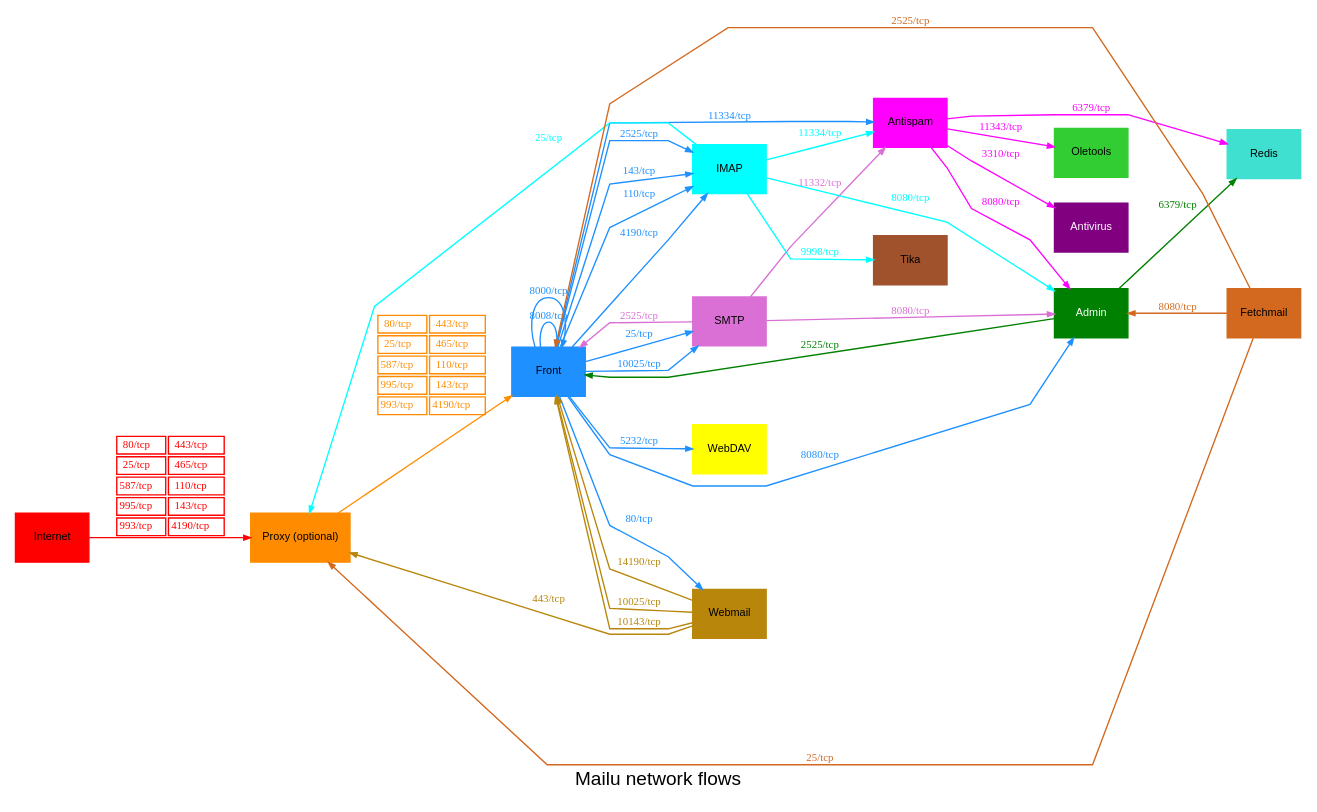
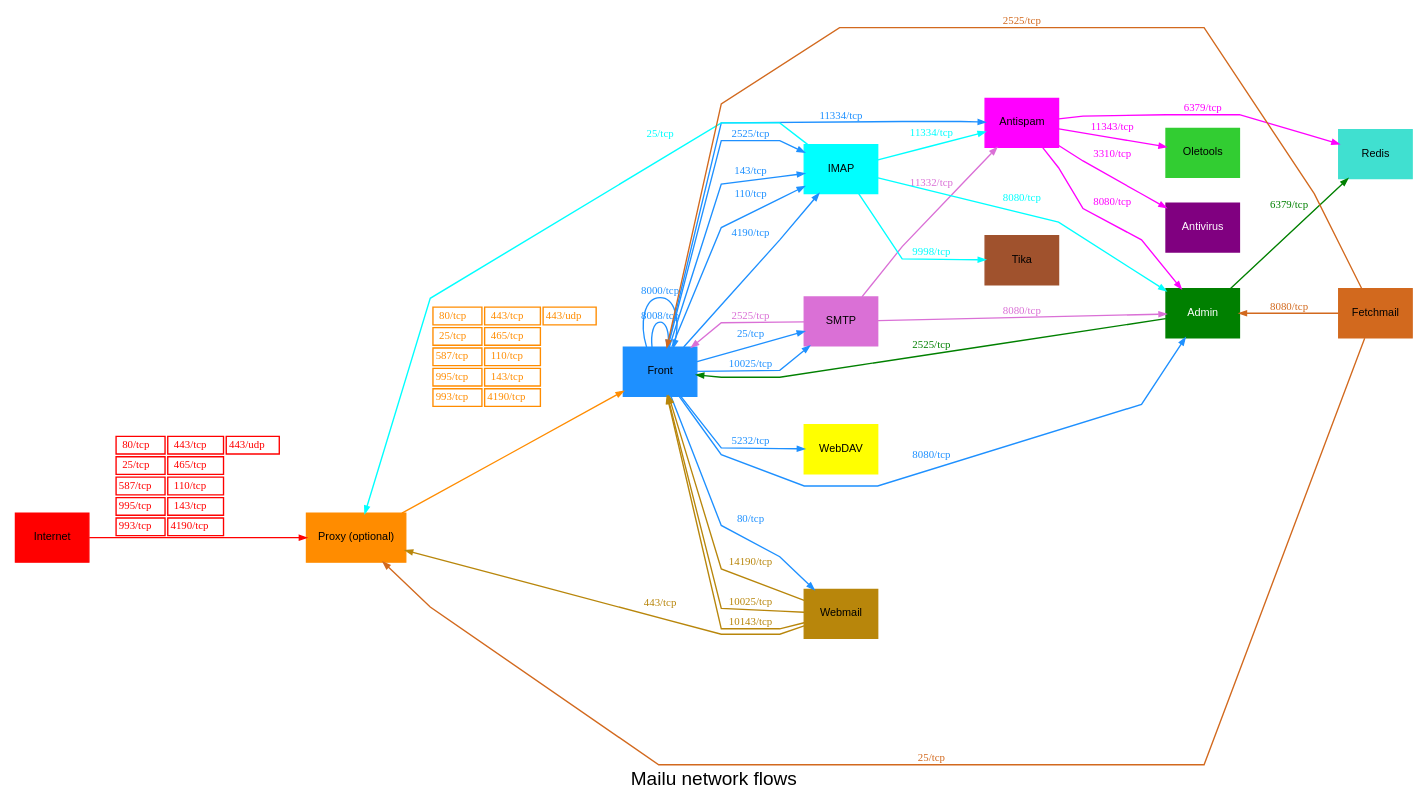
The diagram in docs/mailu-network-diagram.dot (Mailu/Mailu), drawn with Graphviz before and after one commit. The commit also changed 9 other files, not shown here.

```diff
--- a/docs/mailu-network-diagram.dot
+++ b/docs/mailu-network-diagram.dot
@@ -1,138 +1,140 @@
 digraph mailu {
     label = "Mailu network flows";
     fontname = "arial";
     
     node [shape = record; fontname = "arial"; fontsize = 8; style = filled; color = "#d3edea";];
     splines = "compound";
     // node [shape = "box"; fontsize = "10";];
     edge [fontsize = 8; arrowsize = 0.5;];
     
     # Components
     internet [label = "Internet"; color = "red";];
     proxy [label = "Proxy (optional)"; color = "darkorange";];
     front [label="Front"; color="dodgerblue";];
     admin [label="Admin"; color="green"; fontcolor="white";];
     smtp [label="SMTP"; color="orchid";];
     redis [label="Redis"; color="turquoise";];
     antispam [label="Antispam"; color="magenta";];
     antivirus [label="Antivirus"; color="purple"; fontcolor="white";];
     imap [label="IMAP"; color="cyan";];
     webdav [label="WebDAV"; color="yellow";];
     webmail [label="Webmail"; color="darkgoldenrod";];
     fetchmail [label="Fetchmail"; color="chocolate";];
     oletools [label="Oletools"; color="limegreen";];
     fts_attachments [label="Tika"; color="sienna";];
 
     rankdir=LR;
     {rank=min; internet};
     // {rank=3; proxy};
     // {rank=4; front};
     // {rank=same; admin smtp redis antispam antivirus imap};
     {rank=max; fetchmail};
 
     # Proxy from internet
 
     internet -> proxy [
         color="red";
         fontcolor="red";
         label = <
         <TABLE BORDER="0" CELLBORDER="1" CELLPADDING="1">
             <TR>
                 <TD>80/tcp</TD>
                 <TD>443/tcp</TD>
+                <TD>443/udp</TD>
             </TR>
             <TR>
                 <TD>25/tcp</TD>
                 <TD>465/tcp</TD>
             </TR>
             <TR>
                 <TD>587/tcp</TD>
                 <TD>110/tcp</TD>
             </TR>
             <TR>
                 <TD>995/tcp</TD>
                 <TD>143/tcp</TD>
             </TR>
             <TR>
                 <TD>993/tcp</TD>
                 <TD>4190/tcp</TD>
             </TR>
         </TABLE>
         >;
     ];
 
     # Front from proxy
     proxy -> front [
         color="darkorange";
         fontcolor="darkorange";
         label = <
         <TABLE BORDER="0" CELLBORDER="1" CELLPADDING="1">
             <TR>
                 <TD>80/tcp</TD>
                 <TD>443/tcp</TD>
+                <TD>443/udp</TD>
             </TR>
             <TR>
                 <TD>25/tcp</TD>
                 <TD>465/tcp</TD>
             </TR>
             <TR>
                 <TD>587/tcp</TD>
                 <TD>110/tcp</TD>
             </TR>
             <TR>
                 <TD>995/tcp</TD>
                 <TD>143/tcp</TD>
             </TR>
             <TR>
                 <TD>993/tcp</TD>
                 <TD>4190/tcp</TD>
             </TR>
         </TABLE>
         >;
     ];
     
     front -> front [label = "8008/tcp"; color="dodgerblue"; fontcolor="dodgerblue";];
     front -> front [label = "8000/tcp"; color="dodgerblue"; fontcolor="dodgerblue";];
     front -> admin [label = "8080/tcp"; color="dodgerblue"; fontcolor="dodgerblue";];
     front -> imap [label = "4190/tcp"; color="dodgerblue"; fontcolor="dodgerblue";];
     front -> imap [label = "2525/tcp"; color="dodgerblue"; fontcolor="dodgerblue";];
     front -> imap [label = "143/tcp"; color="dodgerblue"; fontcolor="dodgerblue";];
     front -> imap [label = "110/tcp"; color="dodgerblue"; fontcolor="dodgerblue";];
     front -> smtp [label = "25/tcp"; color="dodgerblue"; fontcolor="dodgerblue";];
     front -> smtp [label = "10025/tcp"; color="dodgerblue"; fontcolor="dodgerblue";];
     front -> webmail [label = "80/tcp"; color="dodgerblue"; fontcolor="dodgerblue";];
     front -> antispam [label = "11334/tcp"; color="dodgerblue"; fontcolor="dodgerblue";];
     front -> webdav [label = "5232/tcp"; color="dodgerblue"; fontcolor="dodgerblue";];
     
     smtp -> admin [label = "8080/tcp"; color="orchid"; fontcolor="orchid";];
     smtp -> front [label = "2525/tcp"; color="orchid"; fontcolor="orchid";];
     smtp -> antispam [label = "11332/tcp"; color="orchid"; fontcolor="orchid";];
     
     imap -> admin [label = "8080/tcp"; color="cyan"; fontcolor="cyan";];
     imap -> antispam [label = "11334/tcp"; color="cyan"; fontcolor="cyan";];
     imap -> proxy [label = "25/tcp"; color="cyan"; fontcolor="cyan";];
     imap -> fts_attachments [label = "9998/tcp"; color="cyan"; fontcolor="cyan";];
     
     webmail -> front [label = "14190/tcp"; color="darkgoldenrod"; fontcolor="darkgoldenrod";];
     webmail -> front [label = "10025/tcp"; color="darkgoldenrod"; fontcolor="darkgoldenrod";];
     webmail -> front [label = "10143/tcp"; color="darkgoldenrod"; fontcolor="darkgoldenrod";];
     # carddav
     webmail -> proxy [label = "443/tcp"; color="darkgoldenrod"; fontcolor="darkgoldenrod";];
     
     admin -> redis [label = "6379/tcp"; color="green"; fontcolor="green";];
     admin -> front [label = "2525/tcp"; color="green"; fontcolor="green";];
     
     antispam -> redis [label = "6379/tcp"; color="magenta"; fontcolor="magenta";];
     antispam -> admin [label = "8080/tcp"; color="magenta"; fontcolor="magenta";];
     antispam -> oletools [label = "11343/tcp"; color="magenta"; fontcolor="magenta";];
     antispam -> antivirus [label = "3310/tcp"; color="magenta"; fontcolor="magenta";];
     
     fetchmail -> admin [label = "8080/tcp"; color="chocolate"; fontcolor="chocolate";];
     fetchmail -> proxy [label = "25/tcp"; color="chocolate"; fontcolor="chocolate";];
     fetchmail -> front [label = "2525/tcp"; color="chocolate"; fontcolor="chocolate";];
     #
     # those don't need internet:
     # oletools
     # fts_attachments
     # redis
 }
```
